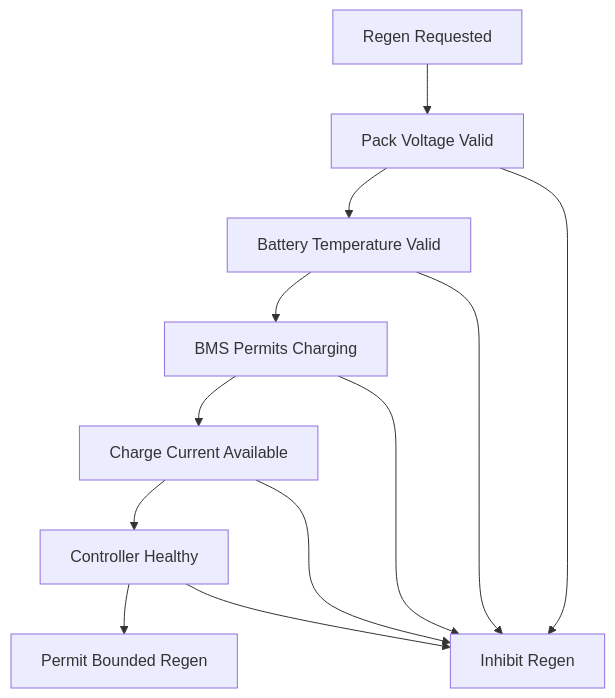
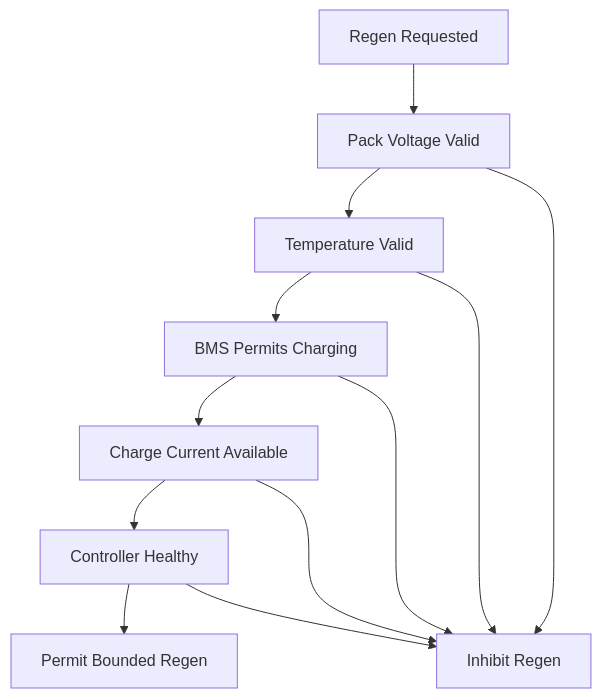
One commit to tspreck/ferrous-drive changed the sixth of 6 diagrams in docs/battery_design.md. Above: the diagram before and after it, drawn with Mermaid. The commit also changed other lines of this file, not shown here.

First line of the commit message:
Revise battery design documentation for clarity and format

````diff
--- a/docs/battery_design.md
+++ b/docs/battery_design.md
@@ -668,24 +831,24 @@
 ```mermaid
 flowchart TD
-    Request[Regen Requested]
-    Voltage[Pack Voltage Valid]
-    Temperature[Battery Temperature Valid]
-    BMS[BMS Permits Charging]
-    Current[Charge Current Available]
-    Controller[Controller Healthy]
-    Permit[Permit Bounded Regen]
-    Inhibit[Inhibit Regen]
+    Request["Regen Requested"]
+    Voltage["Pack Voltage Valid"]
+    Temperature["Temperature Valid"]
+    BMS["BMS Permits Charging"]
+    Current["Charge Current Available"]
+    Controller["Controller Healthy"]
+    Permit["Permit Bounded Regen"]
+    Inhibit["Inhibit Regen"]
 
     Request --> Voltage
     Voltage --> Temperature
     Temperature --> BMS
     BMS --> Current
     Current --> Controller
     Controller --> Permit
 
     Voltage --> Inhibit
     Temperature --> Inhibit
     BMS --> Inhibit
     Current --> Inhibit
     Controller --> Inhibit
 ```
````
